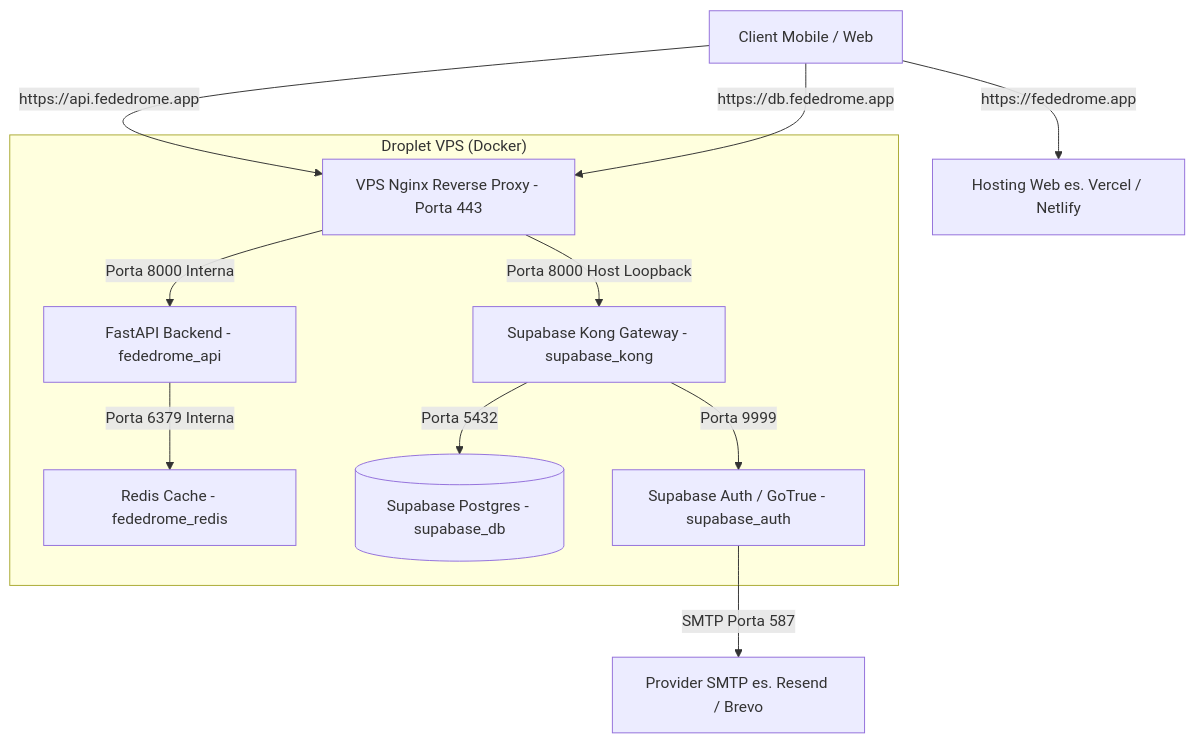
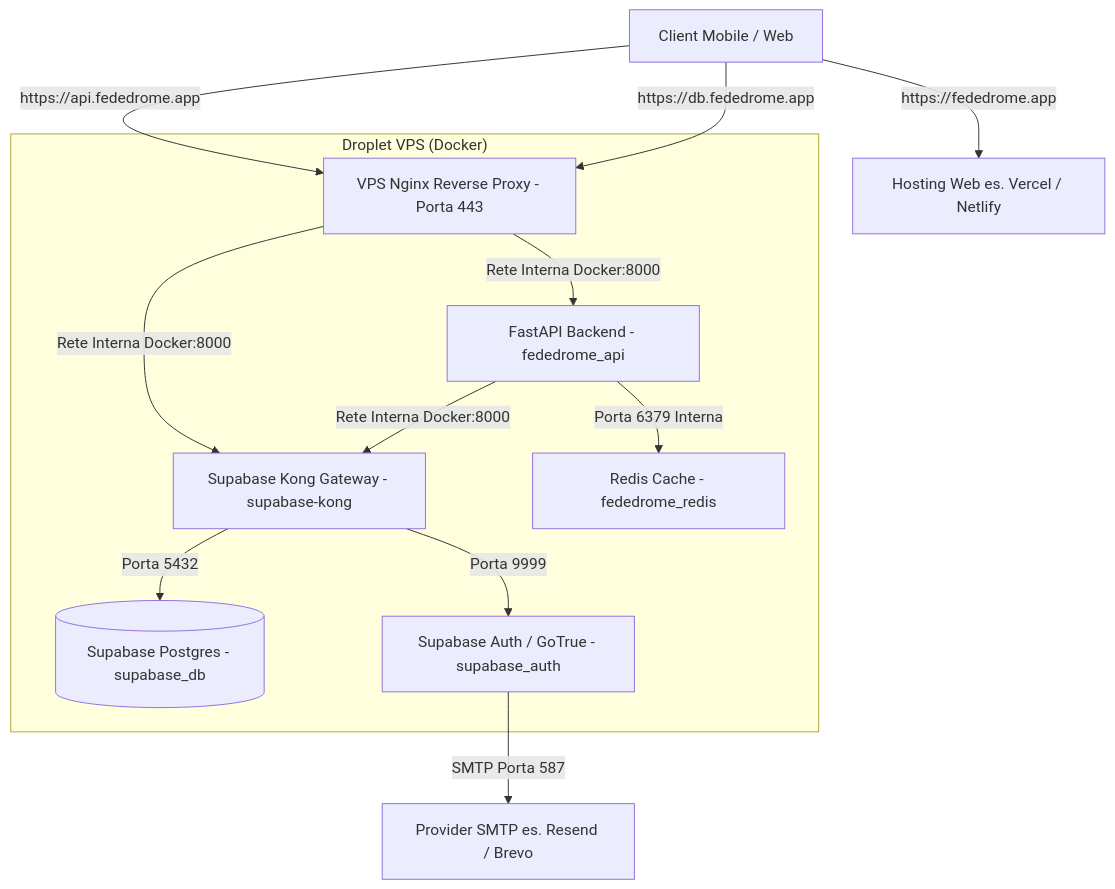
One commit to SteMotta/Fededrome-backend changed the diagram in deploy.md. Above: the diagram before and after it, drawn with Mermaid. The commit also changed other lines of this file and 2 other files, not shown here.

````diff
--- a/deploy.md
+++ b/deploy.md
@@ -11,16 +11,17 @@
 ```mermaid
 graph TD
     Client[Client Mobile / Web] -->|https://fededrome.app| Frontend[Hosting Web es. Vercel / Netlify]
     Client -->|https://api.fededrome.app| Nginx[VPS Nginx Reverse Proxy - Porta 443]
     Client -->|https://db.fededrome.app| Nginx
     
     subgraph VPS ["Droplet VPS (Docker)"]
-        Nginx -->|Porta 8000 Interna| FastAPI[FastAPI Backend - fededrome_api]
-        Nginx -->|Porta 8000 Host Loopback| Kong[Supabase Kong Gateway - supabase_kong]
+        Nginx -->|Rete Interna Docker:8000| FastAPI[FastAPI Backend - fededrome_api]
+        Nginx -->|Rete Interna Docker:8000| Kong[Supabase Kong Gateway - supabase-kong]
+        FastAPI -->|Rete Interna Docker:8000| Kong
         FastAPI -->|Porta 6379 Interna| Redis[Redis Cache - fededrome_redis]
         Kong -->|Porta 5432| DB[(Supabase Postgres - supabase_db)]
         Kong -->|Porta 9999| Auth[Supabase Auth / GoTrue - supabase_auth]
     end
     
     Auth -->|SMTP Porta 587| SMTP[Provider SMTP es. Resend / Brevo]
 ```
````
